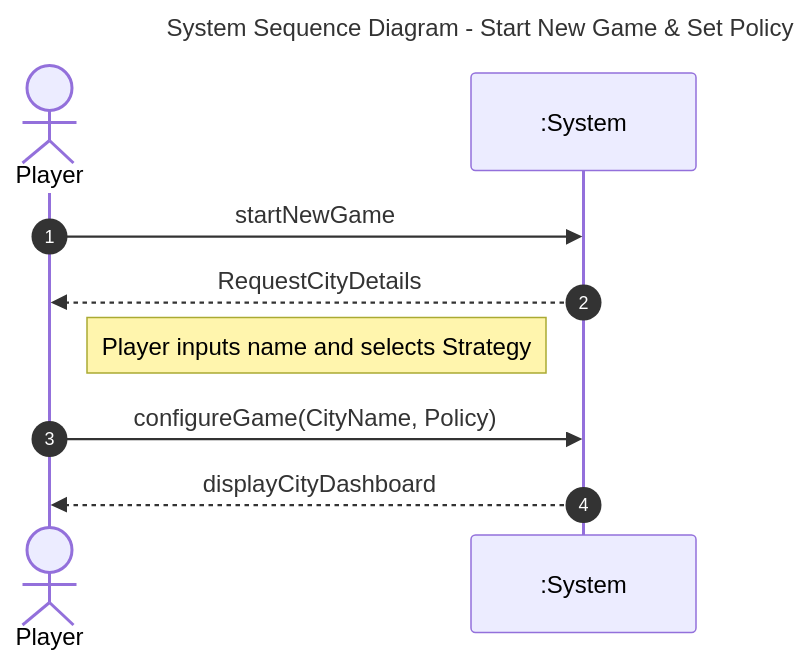
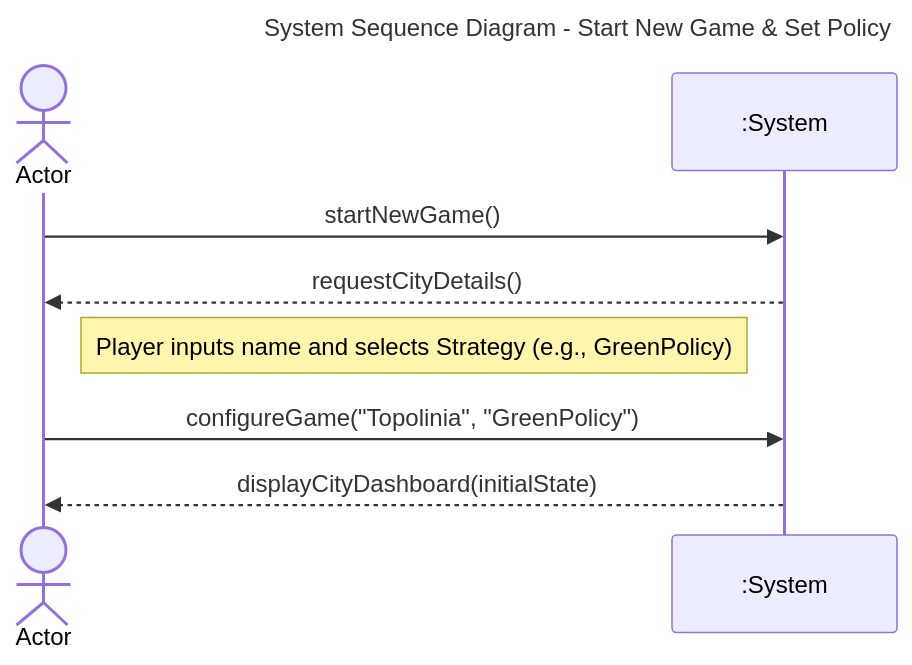
The diagram in docs/uml/system-sequence-diagrams/new-game.mmd (ettoreveronese/city), drawn with Mermaid before and after one commit. The commit also changed 3 other files, not shown here.

```diff
--- a/docs/uml/system-sequence-diagrams/new-game.mmd
+++ b/docs/uml/system-sequence-diagrams/new-game.mmd
@@ -1,13 +1,14 @@
 ---
 title: System Sequence Diagram - Start New Game & Set Policy
 ---
 sequenceDiagram
-    actor Player
+    actor Player as Actor
     participant System as :System
-    autonumber
 
-    Player->>System: startNewGame
-    System-->>Player: RequestCityDetails
-    Note right of Player: Player inputs name and selects Strategy
-    Player->>System: configureGame(CityName, Policy)
-    System-->>Player: displayCityDashboard
+    Player->>System: startNewGame()
+    System-->>Player: requestCityDetails()
+    
+    Note right of Player: Player inputs name and selects Strategy (e.g., GreenPolicy)
+    Player->>System: configureGame("Topolinia", "GreenPolicy")
+    
+    System-->>Player: displayCityDashboard(initialState)
```
